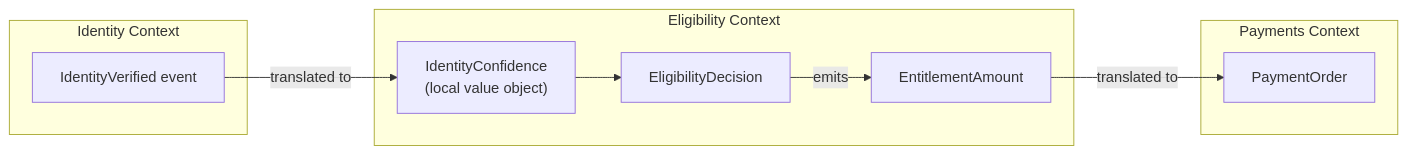
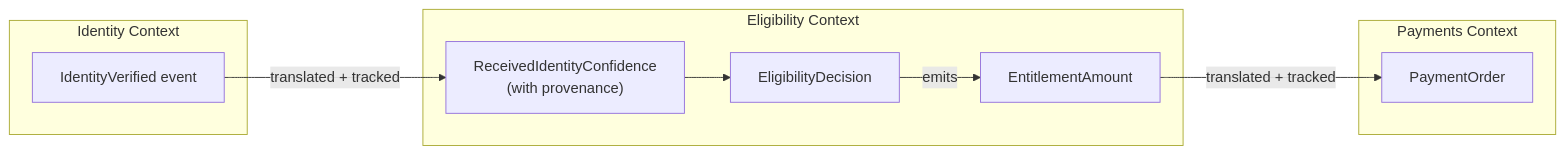
One commit to mrchughes/architecting-modern-government-services changed the third of 11 diagrams in Paper_1_DDD_Clean_Architecture.md. Above: the diagram before and after it, drawn with Mermaid. The commit also changed other lines of this file and 1 other file, not shown here.

First line of the commit message:
Fix §1.5: external data needs provenance, not just value

````diff
--- a/Paper_1_DDD_Clean_Architecture.md
+++ b/Paper_1_DDD_Clean_Architecture.md
@@ -423,21 +435,21 @@
 ```mermaid
 flowchart LR
     subgraph Identity["Identity Context"]
         IV["IdentityVerified event"]
     end
     
     subgraph Eligibility["Eligibility Context"]
-        IC["IdentityConfidence\n(local value object)"]
+        IC["ReceivedIdentityConfidence\n(with provenance)"]
         ED["EligibilityDecision"]
         EA["EntitlementAmount"]
     end
     
     subgraph Payments["Payments Context"]
         PO["PaymentOrder"]
     end
     
-    IV -->|"translated to"| IC
+    IV -->|"translated + tracked"| IC
     IC --> ED
     ED -->|"emits"| EA
-    EA -->|"translated to"| PO
+    EA -->|"translated + tracked"| PO
 ```
````
